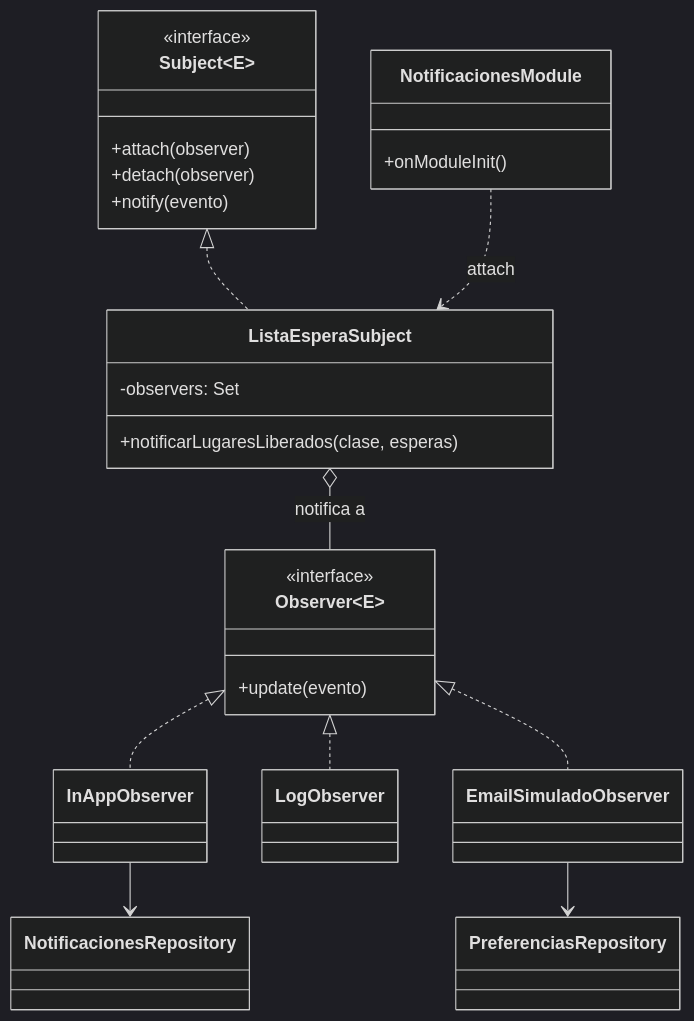
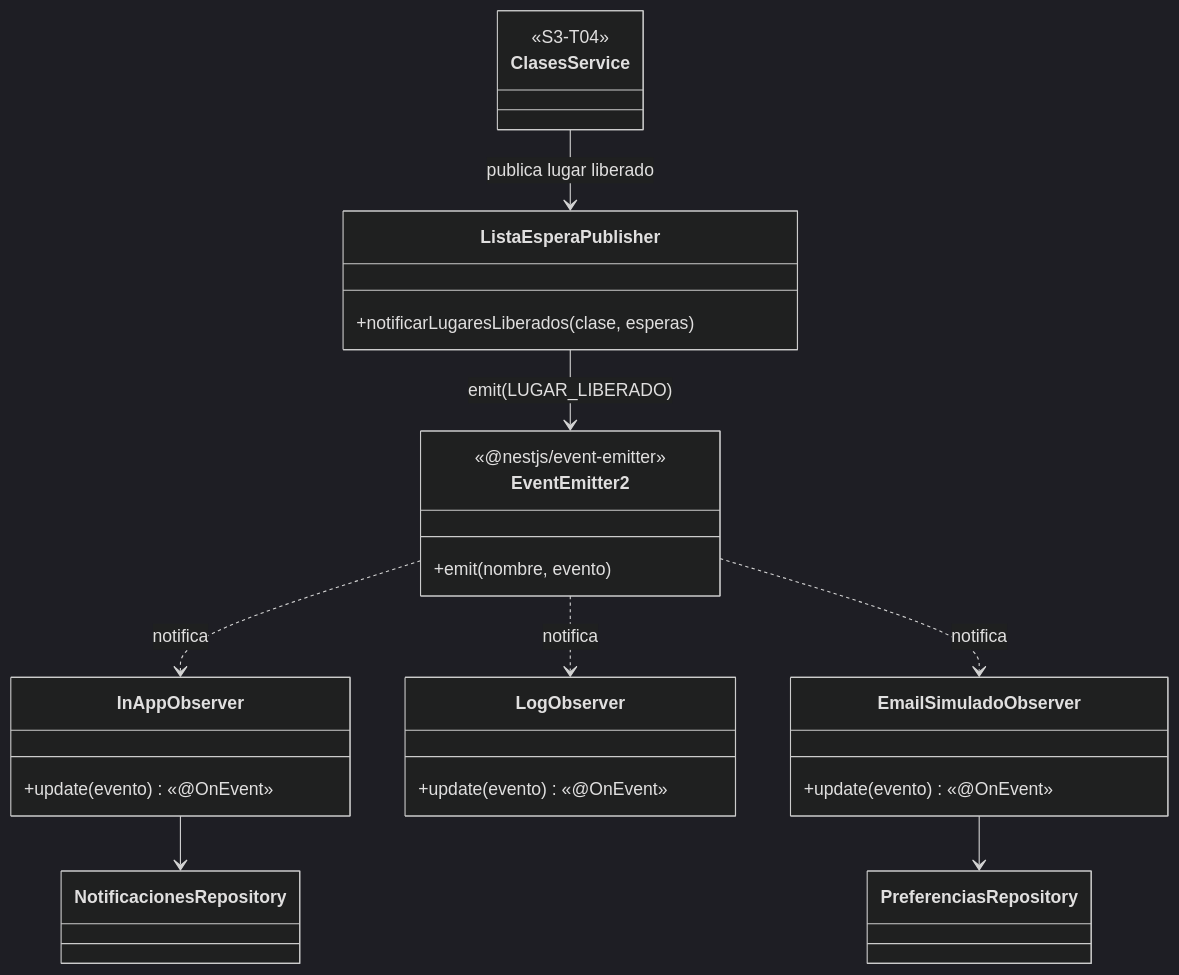
One commit to PatricioRamos04032000/FitZoneSports changed the second of 3 diagrams in documentacion/Justificacion_Patrones_Unidad_III.md. Above: the diagram before and after it, drawn with Mermaid (dark theme). The commit also changed other lines of this file and 1 other file, not shown here.

Commit message:
S4-T05: justificacion del Observer con @nestjs/event-emitter y decisiones de la diapositiva 37

````diff
--- a/documentacion/Justificacion_Patrones_Unidad_III.md
+++ b/documentacion/Justificacion_Patrones_Unidad_III.md
@@ -133,32 +135,30 @@
 ```mermaid
 classDiagram
-    class Subject~E~ {
-        <<interface>>
-        +attach(observer)
-        +detach(observer)
-        +notify(evento)
+    class EventEmitter2 {
+        <<@nestjs/event-emitter>>
+        +emit(nombre, evento)
     }
-    class Observer~E~ {
-        <<interface>>
-        +update(evento)
-    }
-    class ListaEsperaSubject {
-        -observers: Set
+    class ListaEsperaPublisher {
         +notificarLugaresLiberados(clase, esperas)
     }
-    class InAppObserver
-    class LogObserver
-    class EmailSimuladoObserver
-    class NotificacionesModule {
-        +onModuleInit()
+    class InAppObserver {
+        +update(evento) «@OnEvent»
+    }
+    class LogObserver {
+        +update(evento) «@OnEvent»
+    }
+    class EmailSimuladoObserver {
+        +update(evento) «@OnEvent»
+    }
+    class ClasesService {
+        <<S3-T04>>
     }
 
-    Subject <|.. ListaEsperaSubject
-    Observer <|.. InAppObserver
-    Observer <|.. LogObserver
-    Observer <|.. EmailSimuladoObserver
-    ListaEsperaSubject o-- Observer : notifica a
-    NotificacionesModule ..> ListaEsperaSubject : attach
+    ClasesService --> ListaEsperaPublisher : publica lugar liberado
+    ListaEsperaPublisher --> EventEmitter2 : emit(LUGAR_LIBERADO)
+    EventEmitter2 ..> InAppObserver : notifica
+    EventEmitter2 ..> LogObserver : notifica
+    EventEmitter2 ..> EmailSimuladoObserver : notifica
     InAppObserver --> NotificacionesRepository
     EmailSimuladoObserver --> PreferenciasRepository
 ```
````
